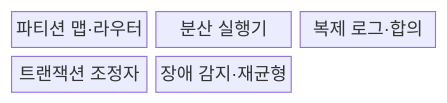
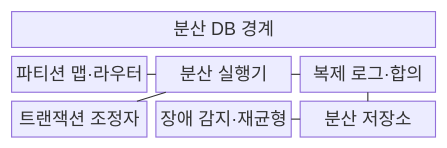
The first of 2 diagrams in src/content/docs/notes/03-software/114_distributed_database.md (agnusdei1207/knowledge-base), drawn with Mermaid before and after one commit. The commit also changed other lines of this file and 20 other files, not shown here.

````diff
--- a/src/content/docs/notes/03-software/114_distributed_database.md
+++ b/src/content/docs/notes/03-software/114_distributed_database.md
@@ -55,9 +60,16 @@
 ```mermaid
-block-beta
+block
   columns 3
+  A["분산 DB 경계"]:3
   R["파티션 맵·라우터"]
   E["분산 실행기"]
   L["복제 로그·합의"]
   T["트랜잭션 조정자"]
   B["장애 감지·재균형"]
+  S["분산 저장소"]
+  R --- E
+  E --- L
+  E --- T
+  L --- S
+  B --- S
 ```
````
